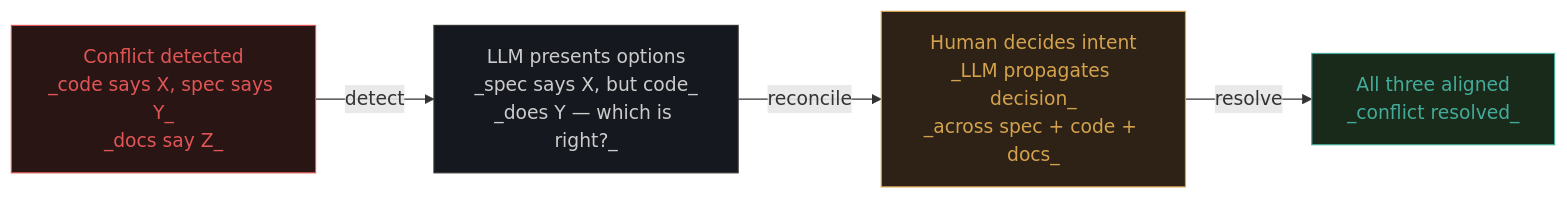
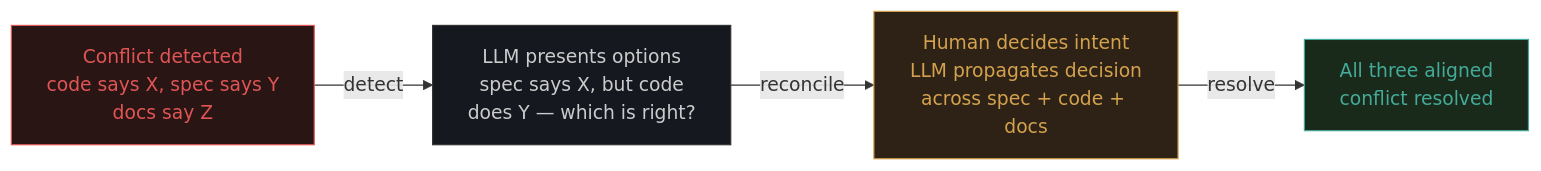
The sixth of 13 diagrams in docs/motivation-system-diagrams.md (davidroeca/NotarAI), drawn with Mermaid before and after one commit. The commit also changed other lines of this file, not shown here.

````diff
--- a/docs/motivation-system-diagrams.md
+++ b/docs/motivation-system-diagrams.md
@@ -186,16 +186,16 @@
 ```mermaid
 flowchart LR
-    C1["Conflict detected<br/>_code says X, spec says Y_<br/>_docs say Z_"]
-    C2["LLM presents options<br/>_spec says X, but code_<br/>_does Y — which is right?_"]
-    C3["Human decides intent<br/>_LLM propagates decision_<br/>_across spec + code + docs_"]
-    C4["All three aligned<br/>_conflict resolved_"]
+    C1["Conflict detected<br/>code says X, spec says Y<br/>docs say Z"]
+    C2["LLM presents options<br/>spec says X, but code<br/>does Y — which is right?"]
+    C3["Human decides intent<br/>LLM propagates decision<br/>across spec + code + docs"]
+    C4["All three aligned<br/>conflict resolved"]
 
     C1 -->|detect| C2
     C2 -->|reconcile| C3
     C3 -->|resolve| C4
 
     style C1 fill:#2a1515,stroke:#e05555,color:#e05555
     style C2 fill:#161820,stroke:#333,color:#ccc
     style C3 fill:#2d2215,stroke:#d4a24e,color:#d4a24e
     style C4 fill:#1a2a1a,stroke:#4a9,color:#4a9
 ```
````
